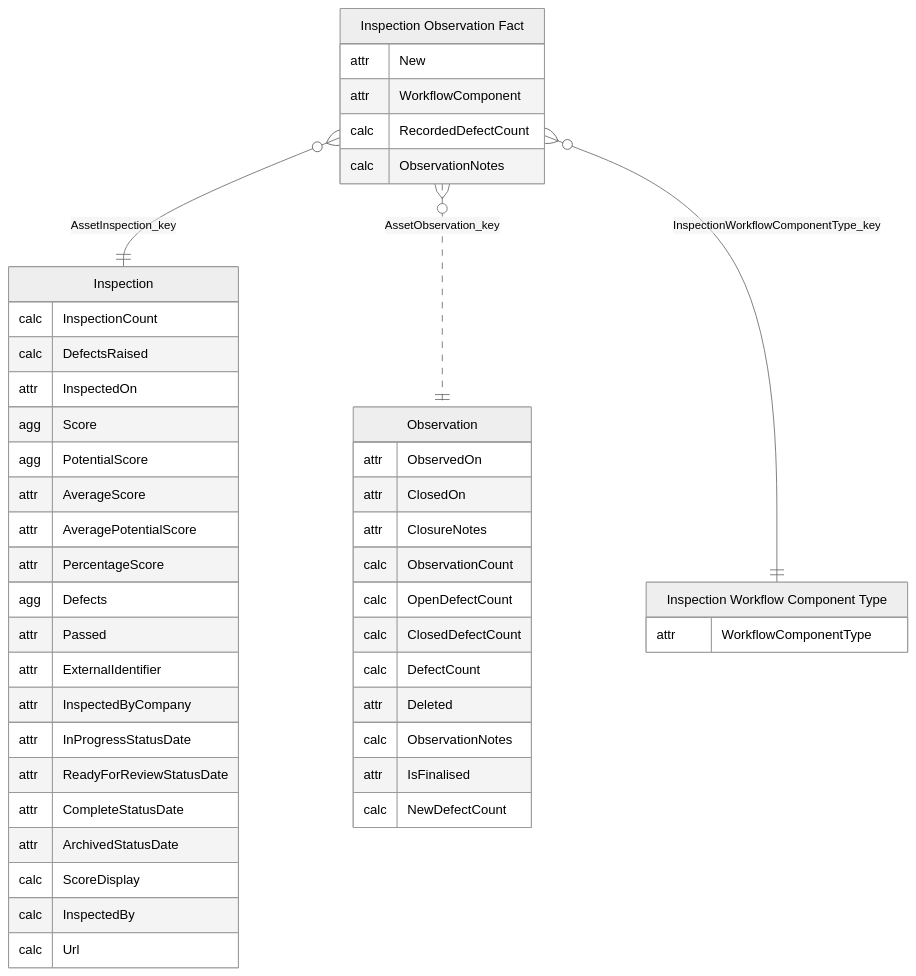
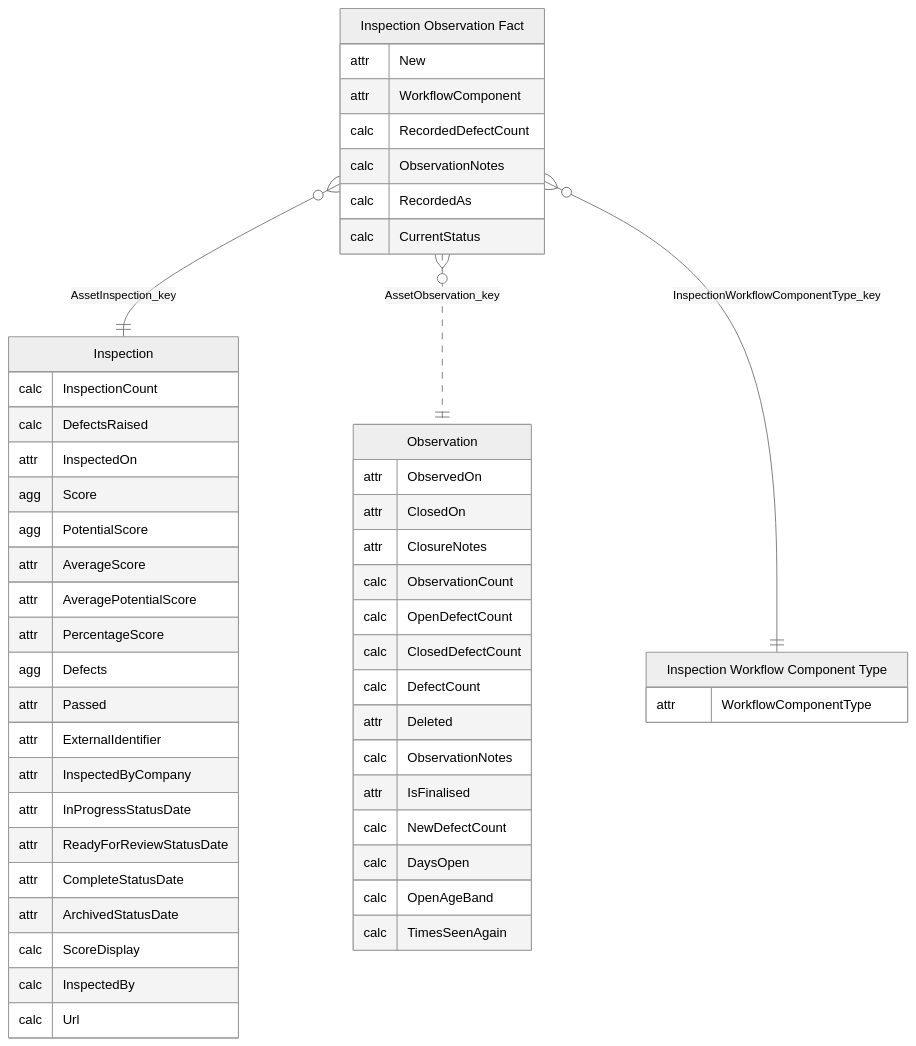
One commit to adrian-work-wallet/BIClient changed the sixth of 15 diagrams in PowerBISamplesModels/Assets.md. Above: the diagram before and after it, drawn with Mermaid. The commit also changed other lines of this file and 158 other files, not shown here.

````diff
--- a/PowerBISamplesModels/Assets.md
+++ b/PowerBISamplesModels/Assets.md
@@ -258,53 +271,58 @@
 ```mermaid
 ---
 config:
   theme: neutral
 ---
 erDiagram
     "Inspection Observation Fact" {
         attr New
         attr WorkflowComponent
         calc RecordedDefectCount
         calc ObservationNotes
+        calc RecordedAs
+        calc CurrentStatus
     }
     "Observation" {
         attr ObservedOn
         attr ClosedOn
         attr ClosureNotes
         calc ObservationCount
         calc OpenDefectCount
         calc ClosedDefectCount
         calc DefectCount
         attr Deleted
         calc ObservationNotes
         attr IsFinalised
         calc NewDefectCount
+        calc DaysOpen
+        calc OpenAgeBand
+        calc TimesSeenAgain
     }
     "Inspection" {
         calc InspectionCount
         calc DefectsRaised
         attr InspectedOn
         agg Score
         agg PotentialScore
         attr AverageScore
         attr AveragePotentialScore
         attr PercentageScore
         agg Defects
         attr Passed
         attr ExternalIdentifier
         attr InspectedByCompany
         attr InProgressStatusDate
         attr ReadyForReviewStatusDate
         attr CompleteStatusDate
         attr ArchivedStatusDate
         calc ScoreDisplay
         calc InspectedBy
         calc Url
     }
     "Inspection Workflow Component Type" {
         attr WorkflowComponentType
     }
     "Inspection Observation Fact" }o--|| "Inspection" : "AssetInspection_key"
     "Inspection Observation Fact" }o..|| "Observation" : "AssetObservation_key"
     "Inspection Observation Fact" }o--|| "Inspection Workflow Component Type" : "InspectionWorkflowComponentType_key"
 ```
````
